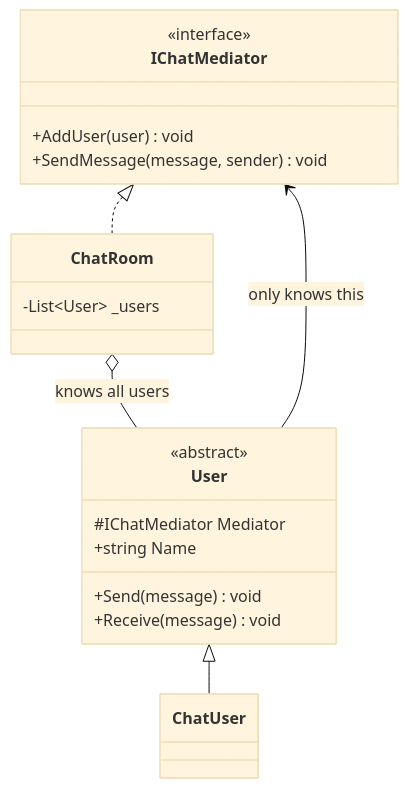
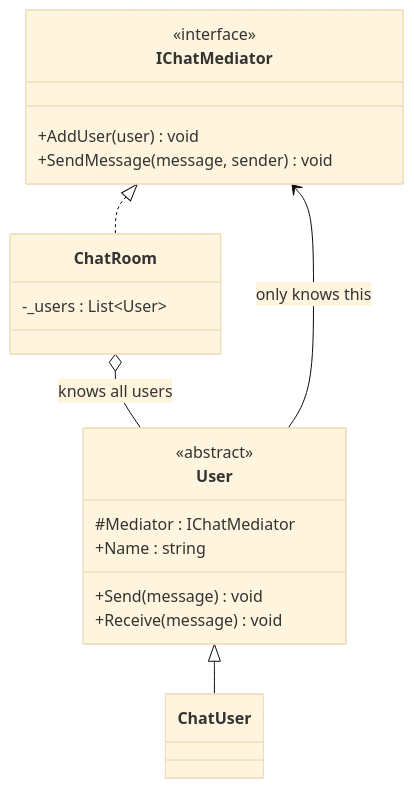
One commit to tushardongre1990/LLD-Claude changed the diagram in 00-Foundations/04-Design-Patterns/Behavioral/Mediator/notes.md. Above: the diagram before and after it, drawn with Mermaid (base theme). The commit also changed 19 other files, not shown here.

First line of the commit message:
docs(00-Foundations): fix mermaid attribute ordering to name : type

````diff
--- a/00-Foundations/04-Design-Patterns/Behavioral/Mediator/notes.md
+++ b/00-Foundations/04-Design-Patterns/Behavioral/Mediator/notes.md
@@ -18,24 +18,24 @@
 ```mermaid
 classDiagram
     class IChatMediator {
         <<interface>>
         +AddUser(user) void
         +SendMessage(message, sender) void
     }
     class ChatRoom {
-        -List~User~ _users
+        -_users : List~User~
     }
     IChatMediator <|.. ChatRoom
 
     class User {
         <<abstract>>
-        #IChatMediator Mediator
-        +string Name
+        #Mediator : IChatMediator
+        +Name : string
         +Send(message) void
         +Receive(message) void
     }
     class ChatUser
     User <|-- ChatUser
     User --> IChatMediator : only knows this
     ChatRoom o-- User : knows all users
 ```
````
